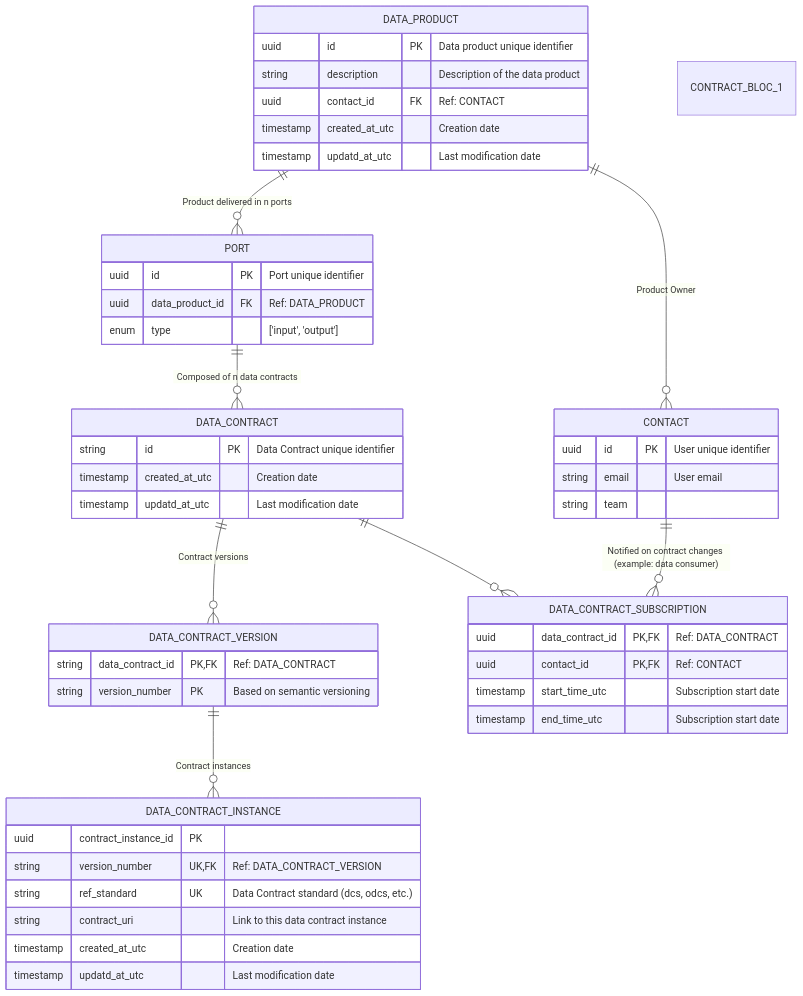
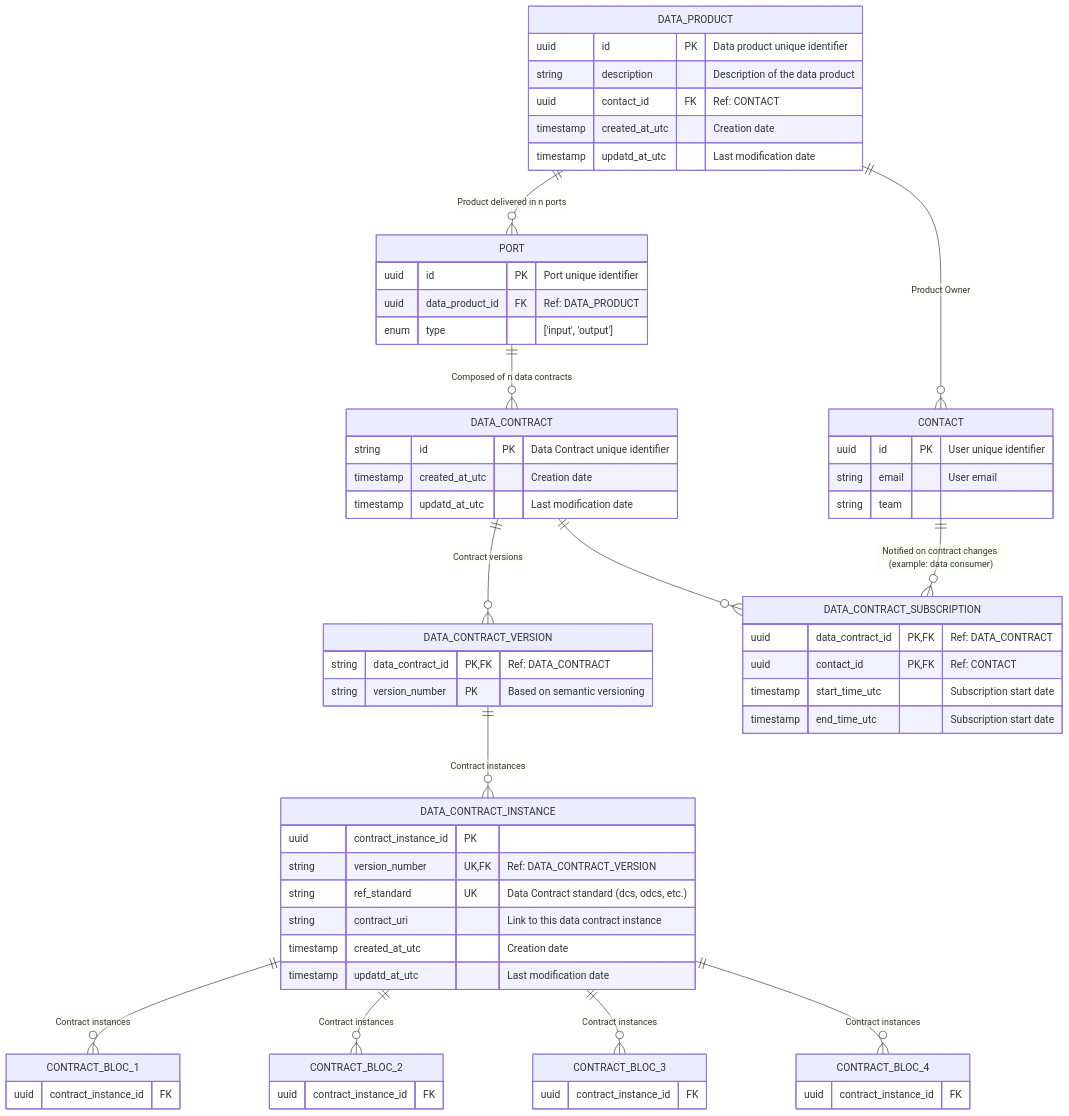
The diagram in docs/relational_model.md (monmaya/base-impl), drawn with Mermaid before and after one commit.

````diff
--- a/docs/relational_model.md
+++ b/docs/relational_model.md
@@ -5,67 +5,81 @@
 ```mermaid
 
 erDiagram
 
     DATA_PRODUCT {
         uuid id PK "Data product unique identifier"
         string description "Description of the data product"
         uuid contact_id FK "Ref: CONTACT"
         timestamp created_at_utc "Creation date"
         timestamp updatd_at_utc "Last modification date"
     }
 
     PORT {
         uuid id PK "Port unique identifier"
         uuid data_product_id FK "Ref: DATA_PRODUCT"
         enum type "['input', 'output']"
         
     }
 
     DATA_CONTRACT {
         string id PK "Data Contract unique identifier"
         timestamp created_at_utc "Creation date"
         timestamp updatd_at_utc "Last modification date"
     }
 
     DATA_CONTRACT_VERSION {
         string data_contract_id PK, FK "Ref: DATA_CONTRACT"
         string version_number PK "Based on semantic versioning"
     }
 
     DATA_CONTRACT_INSTANCE {
         uuid contract_instance_id PK
         string version_number UK, FK "Ref: DATA_CONTRACT_VERSION"
         string ref_standard UK "Data Contract standard (dcs, odcs, etc.)"
         string contract_uri "Link to this data contract instance"
         timestamp created_at_utc "Creation date"
         timestamp updatd_at_utc "Last modification date"
     }
     
     DATA_CONTRACT_SUBSCRIPTION {
         uuid data_contract_id PK, FK "Ref: DATA_CONTRACT"
         uuid contact_id PK, FK "Ref: CONTACT"
         timestamp start_time_utc "Subscription start date"
         timestamp end_time_utc "Subscription start date"
     }
 
     CONTACT {
         uuid id PK "User unique identifier"
         string email "User email"
         string team
     }
 
     CONTRACT_BLOC_1 {
-    
+        uuid contract_instance_id FK    
+    }
+    CONTRACT_BLOC_2 {
+        uuid contract_instance_id FK    
+    }
+    CONTRACT_BLOC_3 {
+        uuid contract_instance_id FK    
+    }
+    CONTRACT_BLOC_4 {
+        uuid contract_instance_id FK    
     }
 
 
     DATA_PRODUCT ||--o{ PORT : "Product delivered in n ports"
     DATA_PRODUCT ||--o{ CONTACT : "Product Owner"
     PORT ||--o{ DATA_CONTRACT : "Composed of n data contracts"
     DATA_CONTRACT ||--o{ DATA_CONTRACT_VERSION : "Contract versions"
     DATA_CONTRACT_VERSION ||--o{ DATA_CONTRACT_INSTANCE : "Contract instances"
     DATA_CONTRACT ||--o{ DATA_CONTRACT_SUBSCRIPTION : ""
     CONTACT ||--o{ DATA_CONTRACT_SUBSCRIPTION : "Notified on contract changes (example: data consumer)"
 
+    DATA_CONTRACT_INSTANCE ||--o{ CONTRACT_BLOC_1 : "Contract instances"
+    DATA_CONTRACT_INSTANCE ||--o{ CONTRACT_BLOC_2 : "Contract instances"
+    DATA_CONTRACT_INSTANCE ||--o{ CONTRACT_BLOC_3 : "Contract instances"
+    DATA_CONTRACT_INSTANCE ||--o{ CONTRACT_BLOC_4 : "Contract instances"
+
 
   ```
````
